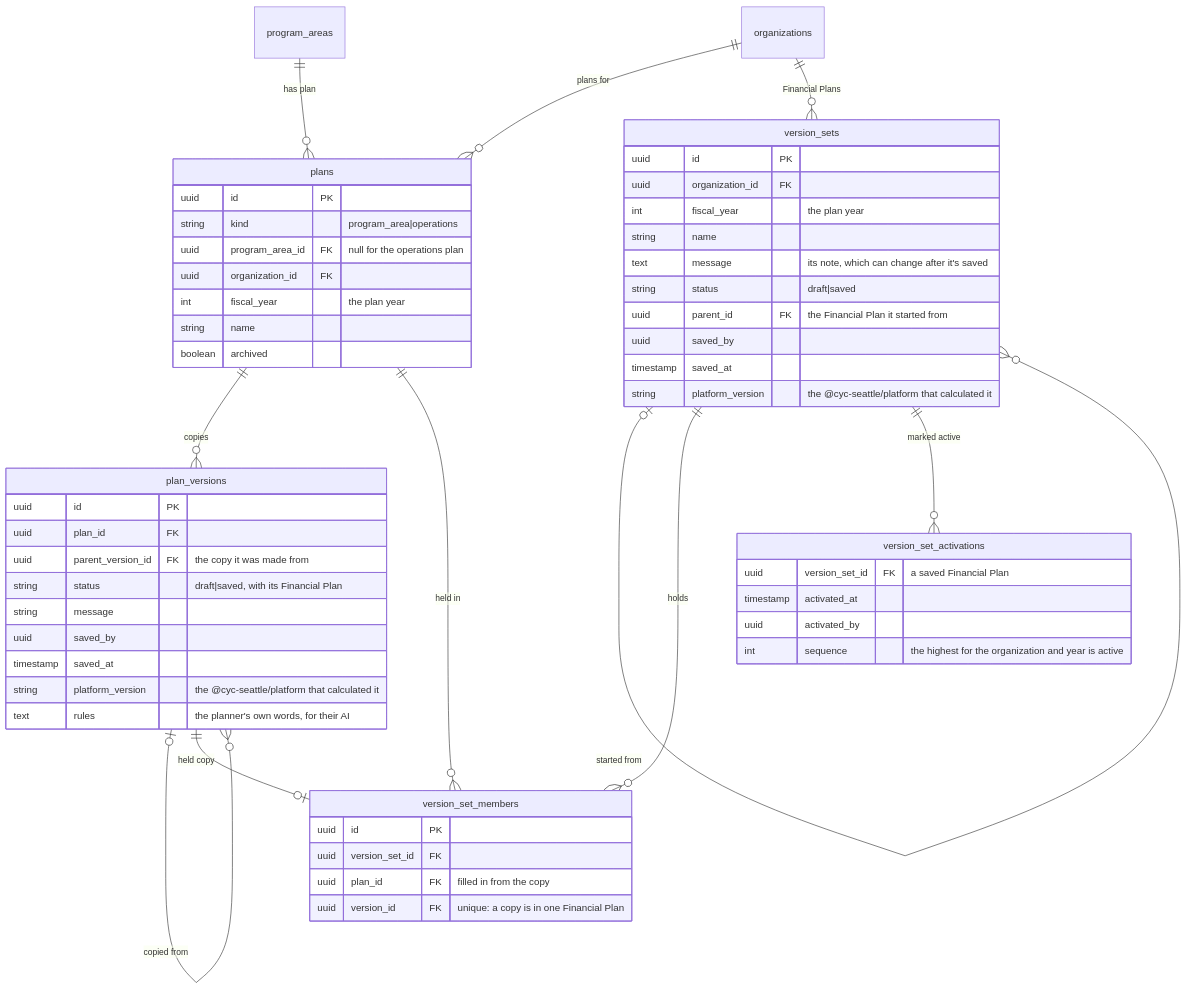
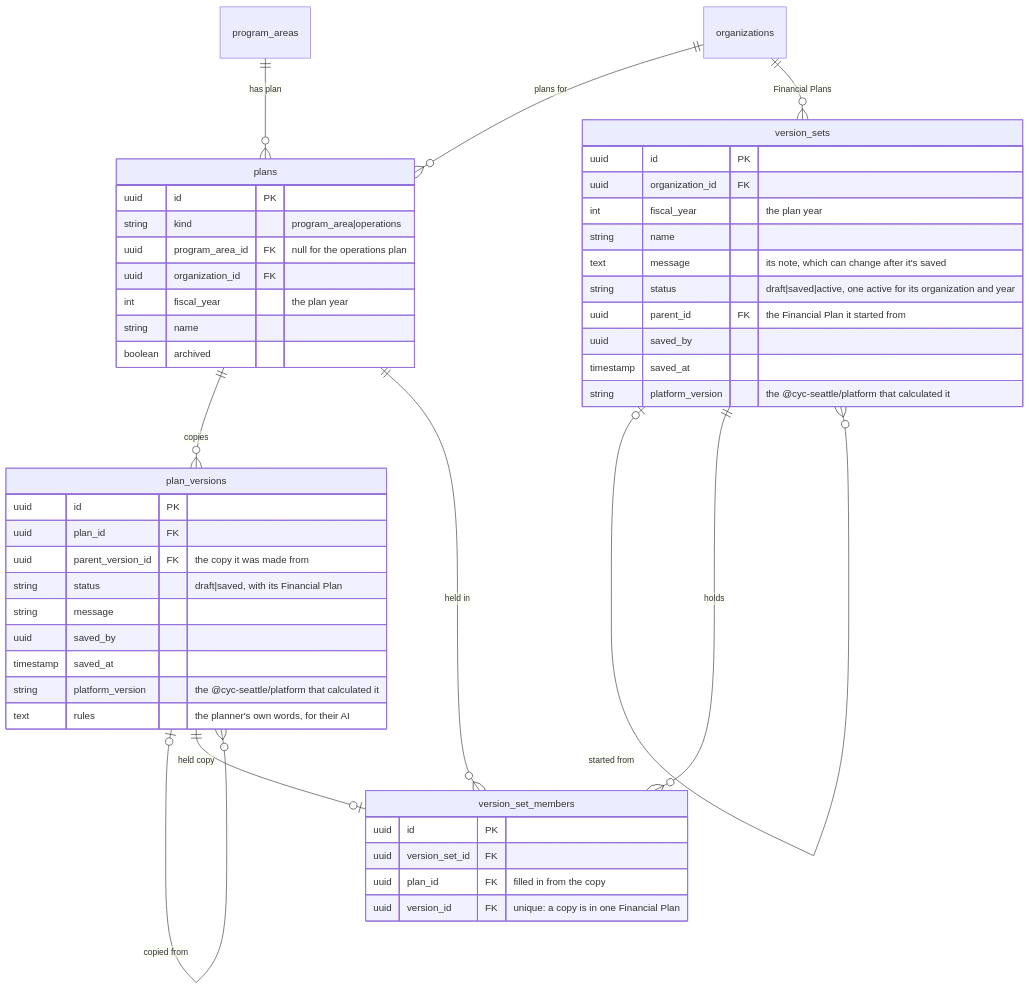
Before and after one commit to cyc-seattle/platform: the second of 6 diagrams in docs/planning-schema.md, drawn with Mermaid. The commit also changed other lines of this file and 18 other files, not shown here.

First line of the commit message:
feat: mark a Financial Plan active with its status, in place of the log of marks

````diff
--- a/docs/planning-schema.md
+++ b/docs/planning-schema.md
@@ -132,58 +132,51 @@
 ```mermaid
 erDiagram
     program_areas ||--o{ plans : "has plan"
     organizations ||--o{ plans : "plans for"
     plans ||--o{ plan_versions : copies
     plan_versions |o--o{ plan_versions : "copied from"
     organizations ||--o{ version_sets : "Financial Plans"
     version_sets |o--o{ version_sets : "started from"
     version_sets ||--o{ version_set_members : holds
     plans ||--o{ version_set_members : "held in"
     plan_versions ||--o| version_set_members : "held copy"
-    version_sets ||--o{ version_set_activations : "marked active"
 
     plans {
         uuid id PK
         string kind "program_area|operations"
         uuid program_area_id FK "null for the operations plan"
         uuid organization_id FK
         int fiscal_year "the plan year"
         string name
         boolean archived
     }
     plan_versions {
         uuid id PK
         uuid plan_id FK
         uuid parent_version_id FK "the copy it was made from"
         string status "draft|saved, with its Financial Plan"
         string message
         uuid saved_by
         timestamp saved_at
         string platform_version "the @cyc-seattle/platform that calculated it"
         text rules "the planner's own words, for their AI"
     }
     version_sets {
         uuid id PK
         uuid organization_id FK
         int fiscal_year "the plan year"
         string name
         text message "its note, which can change after it's saved"
-        string status "draft|saved"
+        string status "draft|saved|active, one active for its organization and year"
         uuid parent_id FK "the Financial Plan it started from"
         uuid saved_by
         timestamp saved_at
         string platform_version "the @cyc-seattle/platform that calculated it"
     }
     version_set_members {
         uuid id PK
         uuid version_set_id FK
         uuid plan_id FK "filled in from the copy"
         uuid version_id FK "unique: a copy is in one Financial Plan"
     }
-    version_set_activations {
-        uuid version_set_id FK "a saved Financial Plan"
-        timestamp activated_at
-        uuid activated_by
-        int sequence "the highest for the organization and year is active"
-    }
 ```
````
